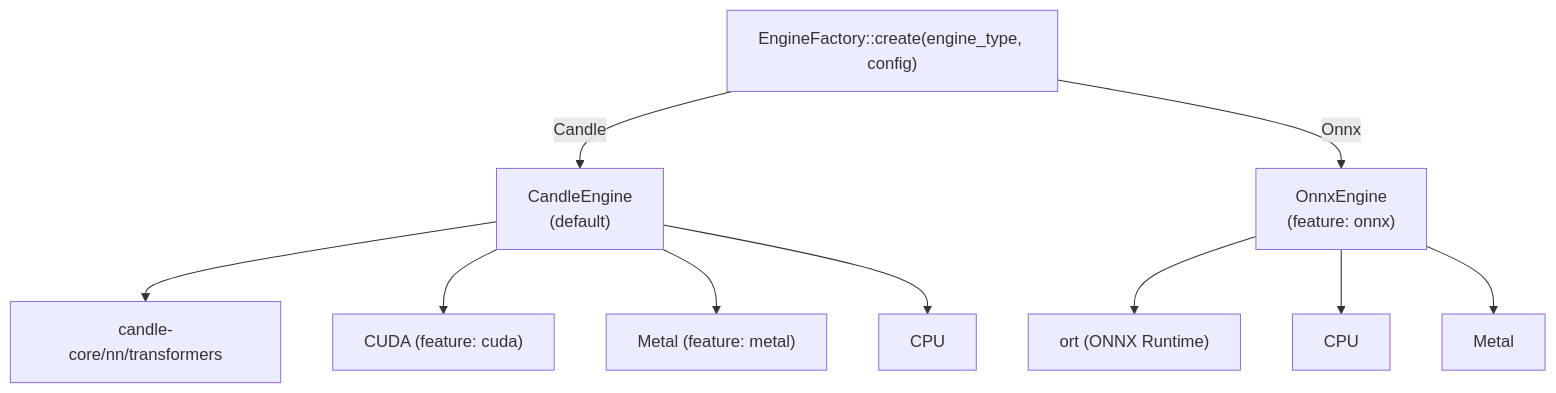
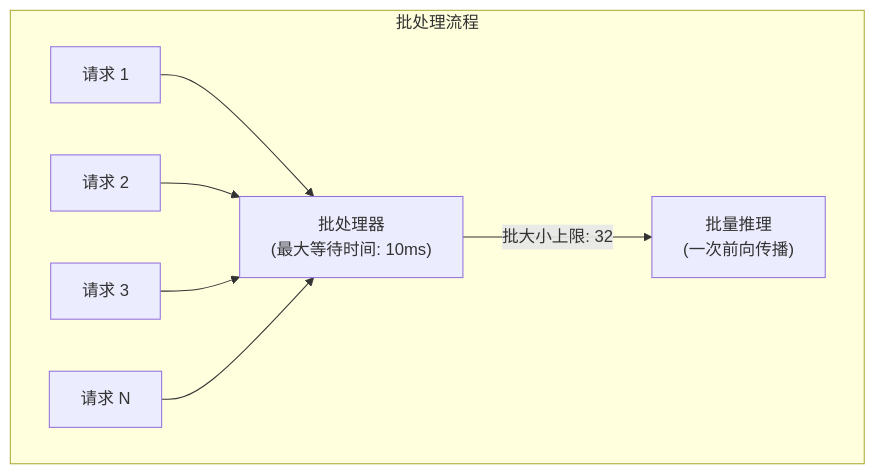
The sixth of 8 diagrams in docs/ARCHITECTURE.md (Kirky-X/vecboost), drawn with Mermaid before and after one commit. The commit also changed other lines of this file and 11 other files, not shown here.

````diff
--- a/docs/ARCHITECTURE.md
+++ b/docs/ARCHITECTURE.md
@@ -329,15 +755,11 @@
 ```mermaid
 graph TB
-    Factory["EngineFactory::create(engine_type, config)"]
-    Factory -->|Candle| CandleEngine["CandleEngine<br/>(default)"]
-    Factory -->|Onnx| OnnxEngine["OnnxEngine<br/>(feature: onnx)"]
+    subgraph Batching["批处理流程"]
+        Req1["请求 1"] --> Batch["批处理器<br/>(最大等待时间: 10ms)"]
+        Req2["请求 2"] --> Batch
+        Req3["请求 3"] --> Batch
+        ReqN["请求 N"] --> Batch
 
-    CandleEngine --> CandleLib["candle-core/nn/transformers"]
-    OnnxEngine --> OnnxLib["ort (ONNX Runtime)"]
-
-    CandleEngine --> DeviceCuda["CUDA (feature: cuda)"]
-    CandleEngine --> DeviceMetal["Metal (feature: metal)"]
-    CandleEngine --> DeviceCPU["CPU"]
-    OnnxEngine --> DeviceCPU2["CPU"]
-    OnnxEngine --> DeviceMetal2["Metal"]
+        Batch -->|"批大小上限: 32"| Inference["批量推理<br/>(一次前向传播)"]
+    end
 ```
````
